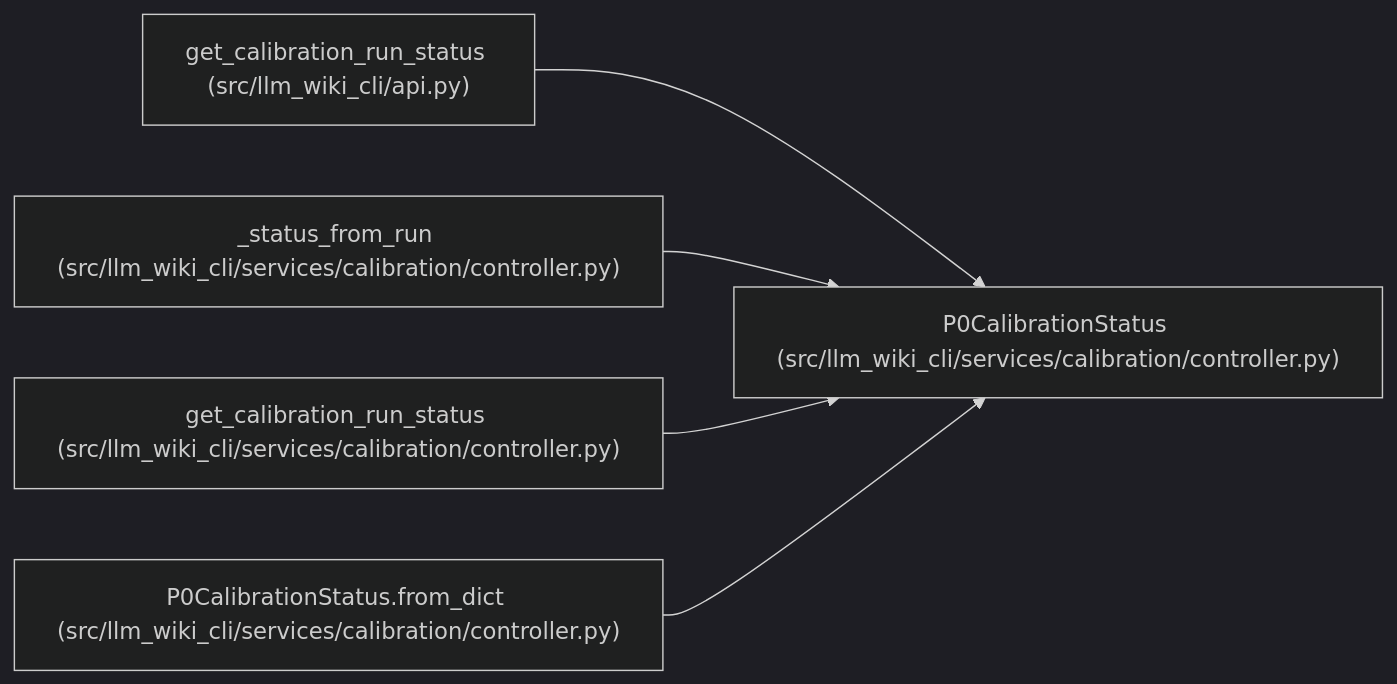
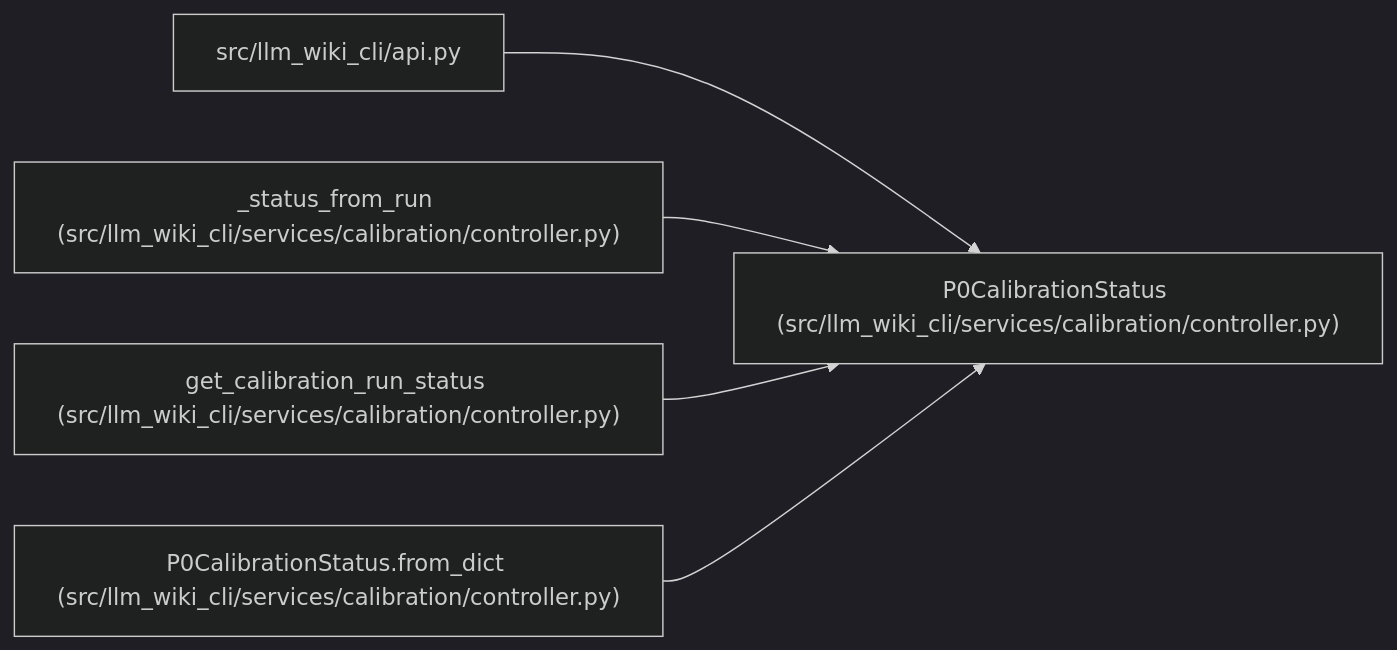
The diagram in docs/llm_wiki/entities/P0CalibrationStatus.md (Denissvgn/python-wiki-llm), drawn with Mermaid (dark theme) before and after one commit. The commit also changed other lines of this file and 631 other files, not shown here.

````diff
--- a/docs/llm_wiki/entities/P0CalibrationStatus.md
+++ b/docs/llm_wiki/entities/P0CalibrationStatus.md
@@ -40,17 +40,17 @@
 ```mermaid
 flowchart LR
     n0["P0CalibrationStatus (src/llm_wiki_cli/services/calibration/controller.py)"]
-    n1["get_calibration_run_status (src/llm_wiki_cli/api.py)"]
+    n1["src/llm_wiki_cli/api.py"]
     n2["_status_from_run (src/llm_wiki_cli/services/calibration/controller.py)"]
     n3["get_calibration_run_status (src/llm_wiki_cli/services/calibration/controller.py)"]
     n4["P0CalibrationStatus.from_dict (src/llm_wiki_cli/services/calibration/controller.py)"]
     n1 --> n0
     n2 --> n0
     n3 --> n0
     n4 --> n0
     click n0 "../modules/controller.md"
     click n1 "../modules/api.md"
     click n2 "../modules/controller.md"
     click n3 "../modules/controller.md"
     click n4 "../modules/controller.md"
 ```
````
